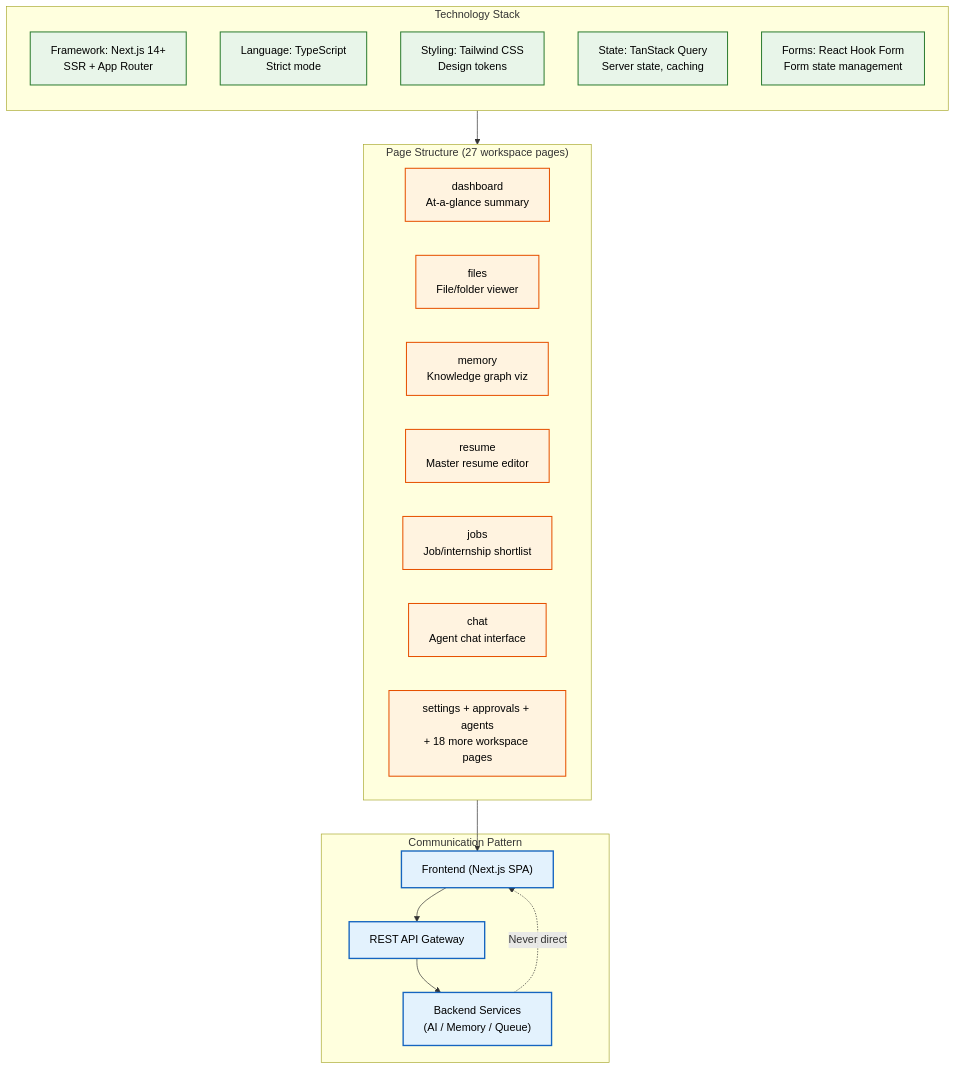
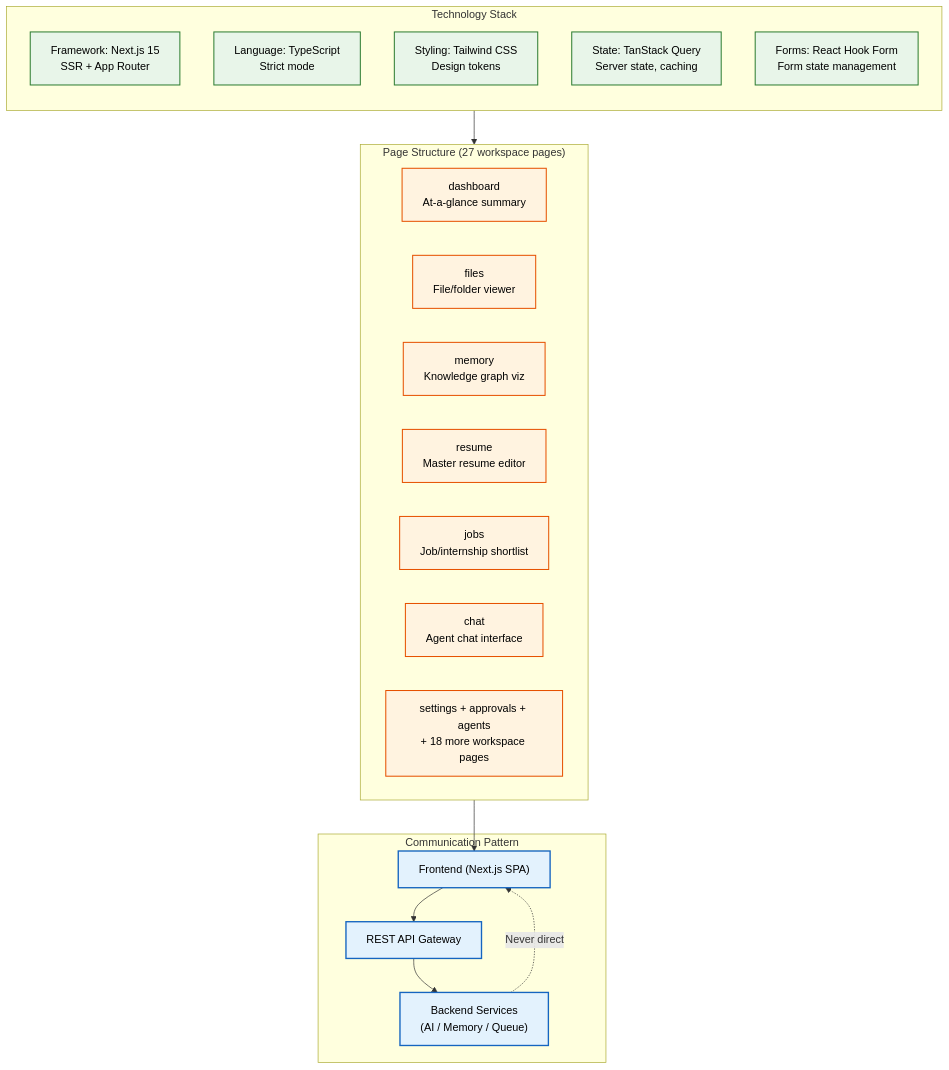
The first of 3 diagrams in docs/frontend/Frontend-Architecture.md (Driftloom/Vaeloom), drawn with Mermaid before and after one commit. The commit also changed other lines of this file and 23 other files, not shown here.

````diff
--- a/docs/frontend/Frontend-Architecture.md
+++ b/docs/frontend/Frontend-Architecture.md
@@ -81,39 +93,39 @@
 ```mermaid
 graph TD
  classDef arch fill:#e3f2fd,stroke:#1565c0,color:#000,stroke-width:2px
  classDef tech fill:#e8f5e9,stroke:#2e7d32,color:#000,stroke-width:1.5px
  classDef page fill:#fff3e0,stroke:#e65100,color:#000,stroke-width:1.5px
 
  subgraph Stack["Technology Stack"]
  direction TB
- S1["Framework: Next.js 14+<br/>SSR + App Router"]
+  S1["Framework: Next.js 15<br/>SSR + App Router"]
  S2["Language: TypeScript<br/>Strict mode"]
  S3["Styling: Tailwind CSS<br/>Design tokens"]
  S4["State: TanStack Query<br/>Server state, caching"]
  S5["Forms: React Hook Form<br/>Form state management"]
  end
 
   subgraph Pages["Page Structure (27 workspace pages)"]
   P1["dashboard<br/>At-a-glance summary"]
   P2["files<br/>File/folder viewer"]
   P3["memory<br/>Knowledge graph viz"]
   P4["resume<br/>Master resume editor"]
   P5["jobs<br/>Job/internship shortlist"]
   P6["chat<br/>Agent chat interface"]
   P7["settings + approvals + agents<br/>+ 18 more workspace pages"]
   end
 
  subgraph Communication["Communication Pattern"]
  C1["Frontend (Next.js SPA)"]
  C2["REST API Gateway"]
  C3["Backend Services<br/>(AI / Memory / Queue)"]
  end
 
  Stack--> Pages
  Pages--> C1--> C2--> C3
  C3 -.->|Never direct| C1
 
  class S1,S2,S3,S4,S5 tech
  class P1,P2,P3,P4,P5,P6,P7 page
  class C1,C2,C3 arch
 ```
````
